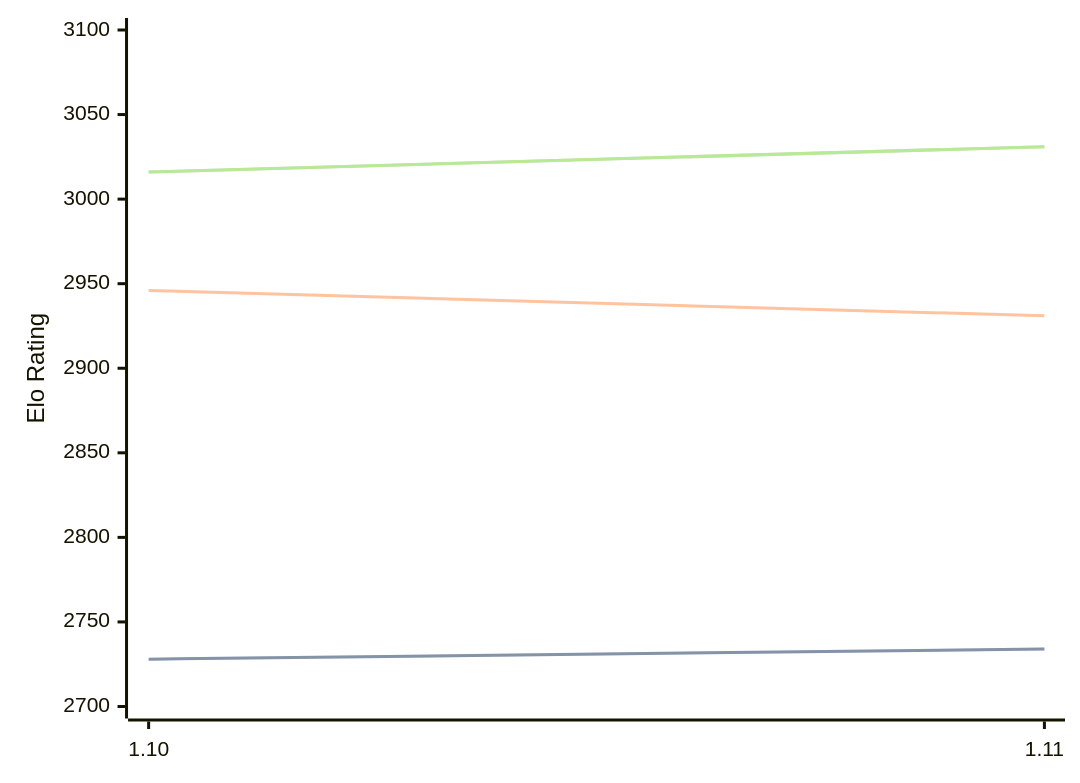
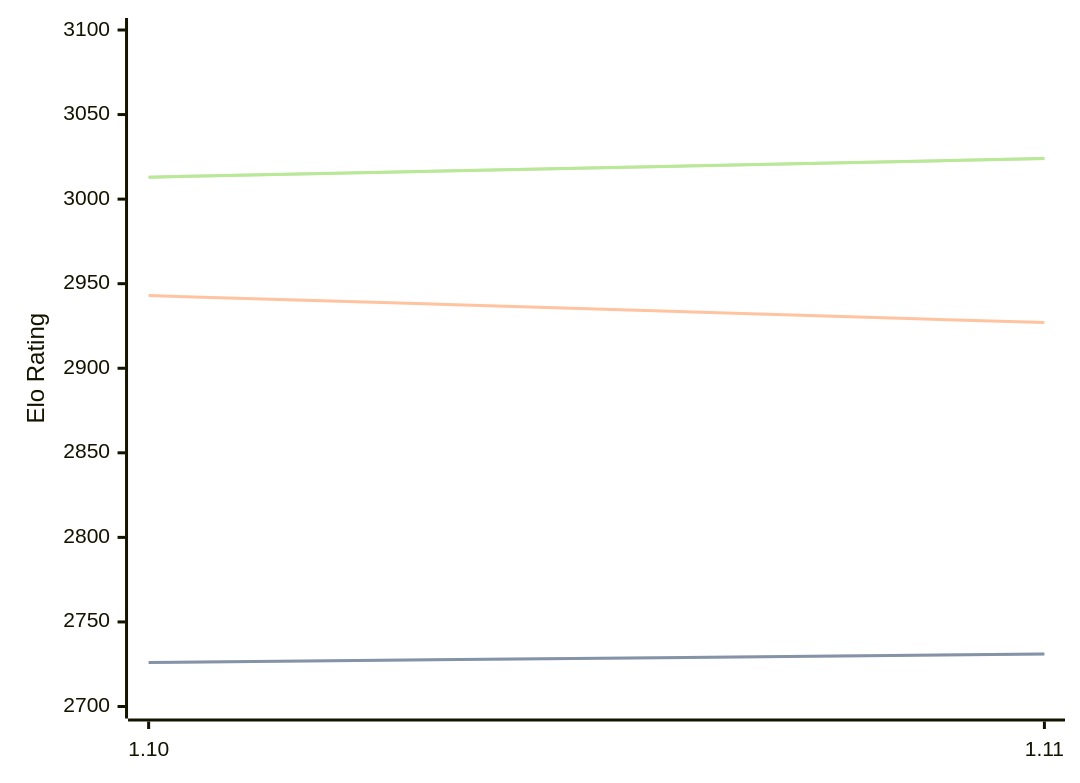
Before and after one commit to computer-chess-index/cci: the diagram in engines/Roc.md, drawn with Mermaid. The commit also changed other lines of this file, not shown here.

Commit message:
Update CCI Ratings (ELO VLTC) - 2026-06-08

````diff
--- a/engines/Roc.md
+++ b/engines/Roc.md
@@ -65,11 +65,11 @@
 ```mermaid
 %%{init: {"theme":"base","themeVariables":{"seriesColors:['#a3a3a3','#222221','#faa371']}}}%%
 xychart-beta
   x-axis ["1.10", "1.11"]
   y-axis "Elo Rating" 2700 --> 3100
-  line "STC (8.0+0.08s)" [2728, 2734]
-  line "STC (8.0+0.08s)" [2728, 2734]
-  line "LTC (60.0+0.60s)" [2946, 2931]
-  line "VLTC (2m24s+1.12s)" [3016, 3031]
-  line "VLTC (2m24s+1.12s)" [3016, 3031]
+  line "STC (8.0+0.08s)" [2726, 2731]
+  line "STC (8.0+0.08s)" [2726, 2731]
+  line "LTC (60.0+0.60s)" [2943, 2927]
+  line "VLTC (2m24s+1.12s)" [3013, 3024]
+  line "VLTC (2m24s+1.12s)" [3013, 3024]
 ```
````
